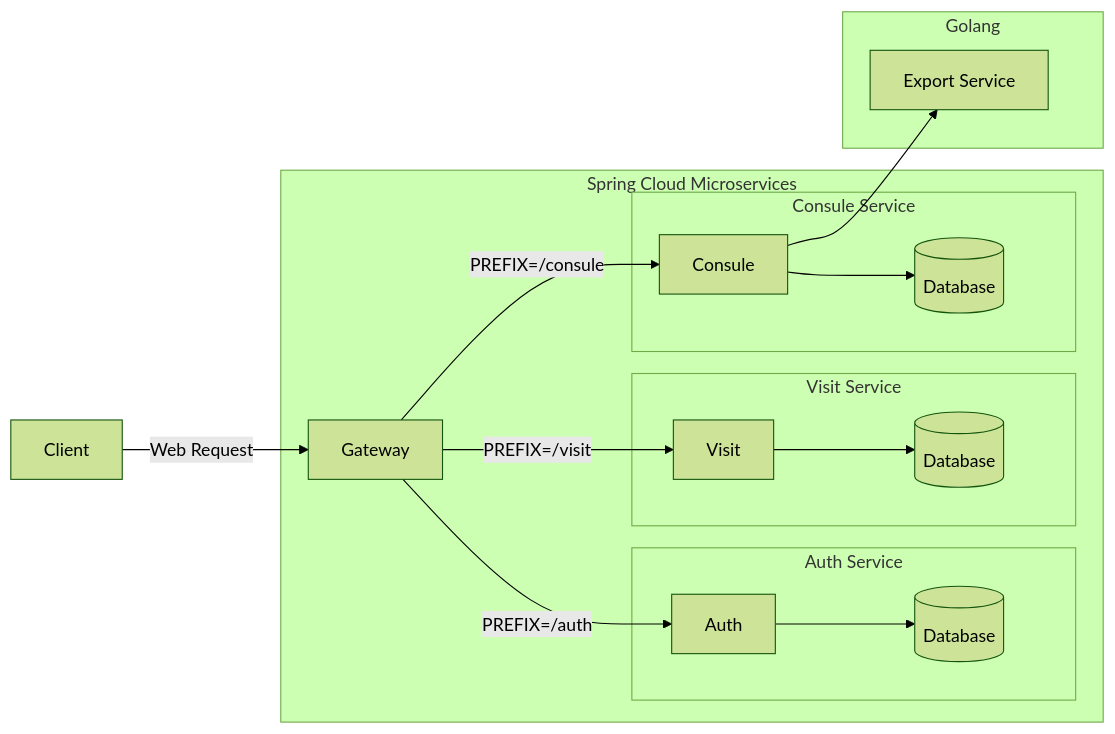
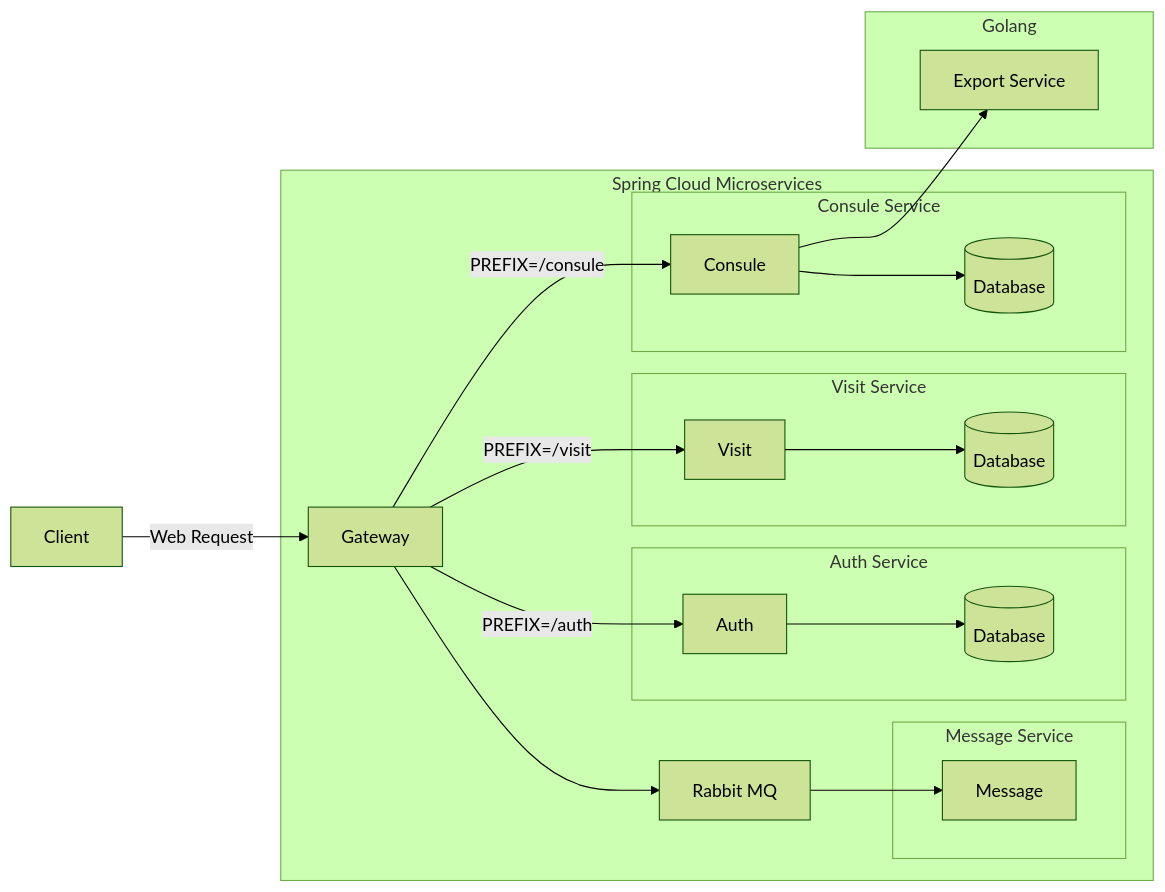
Before and after one commit to tzq0301/pcs: the diagram in README.md, drawn with Mermaid (forest theme). The commit also changed other lines of this file and 14 other files, not shown here.

Commit message:
feat(message): 新建 message 微服务，并将 gateway 中 message 相关部分迁移至 message 微服务

````diff
--- a/README.md
+++ b/README.md
@@ -45,30 +45,37 @@
 ```mermaid
 flowchart LR
     client[Client] --> |Web Request| gateway[Gateway]
     
     subgraph java [Spring Cloud Microservices]
+        gateway --> rabbit[Rabbit MQ]
+        rabbit --> message
+        
+        subgraph message-microservice[Message Service]
+            message[Message]
+        end
+        
         gateway -->|PREFIX=/auth| auth[Auth]
         
         subgraph auth-microservice[Auth Service]
             auth --> db-auth[(Database)]
         end
         
         gateway -->|PREFIX=/visit| visit[Visit]
         
         subgraph visit-microservice[Visit Service]
             visit --> db-visit[(Database)]
         end
         
         gateway -->|PREFIX=/consule| consule[Consule]
         
         subgraph consule-microservice[Consule Service]
             consule --> db-consule[(Database)]
         end
     end
     
     consule --> export
     
     subgraph go [Golang]
         export[Export Service]
     end
 ```
````
